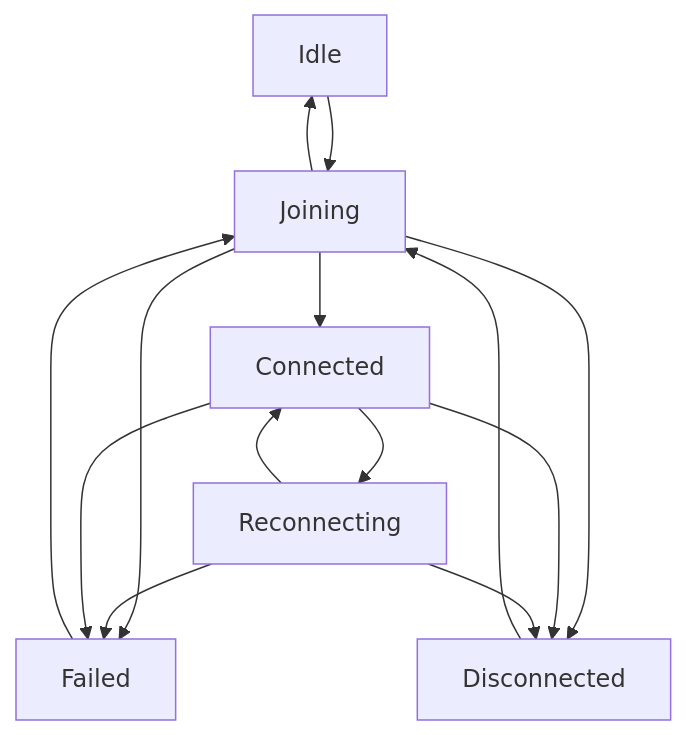
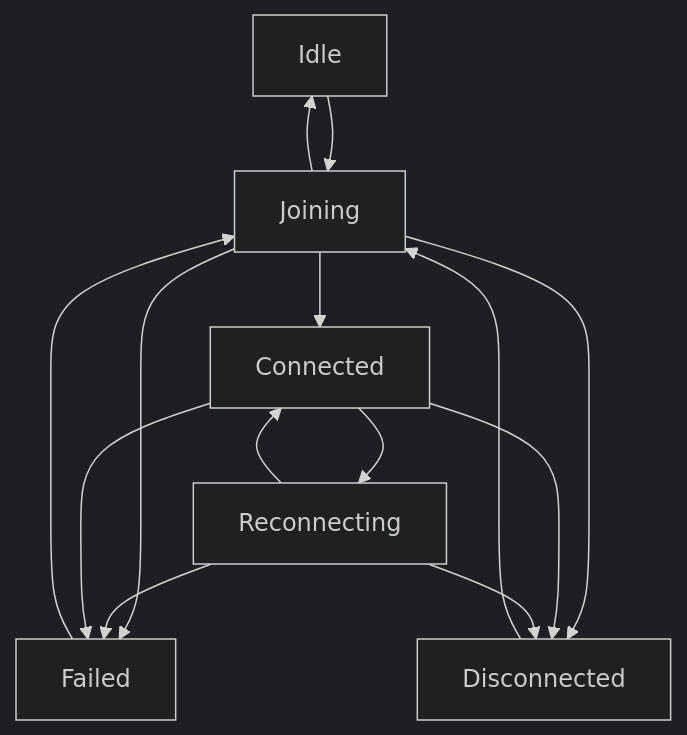
One commit to maharudraabhishek/chime_meeting_demo changed the third of 10 diagrams in README.md. Above: the diagram before and after it, drawn with Mermaid. The commit also changed other lines of this file and 6 other files, not shown here.

````diff
--- a/README.md
+++ b/README.md
@@ -180,16 +254,17 @@
 ```mermaid
-flowchart TD
-    A[Idle] --> B[Joining]
-    B --> C[Connected]
-    B --> D[Disconnected]
-    B --> E[Failed]
-    B --> A
-    C --> F[Reconnecting]
-    F --> C
-    F --> E
-    C --> E
-    C --> D
-    F --> D
-    D --> B
-    E --> B
+%%{init: {"theme":"dark","darkMode":true}}%%
+graph TD;
+    A[Idle] --> B[Joining];
+    B --> C[Connected];
+    B --> D[Disconnected];
+    B --> E[Failed];
+    B --> A;
+    C --> F[Reconnecting];
+    F --> C;
+    F --> E;
+    C --> E;
+    C --> D;
+    F --> D;
+    D --> B;
+    E --> B;
 ```
````
